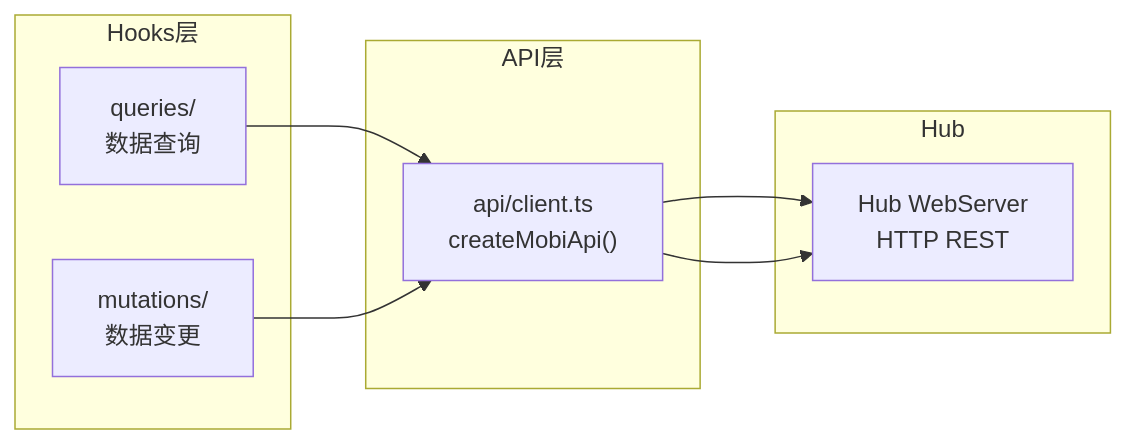
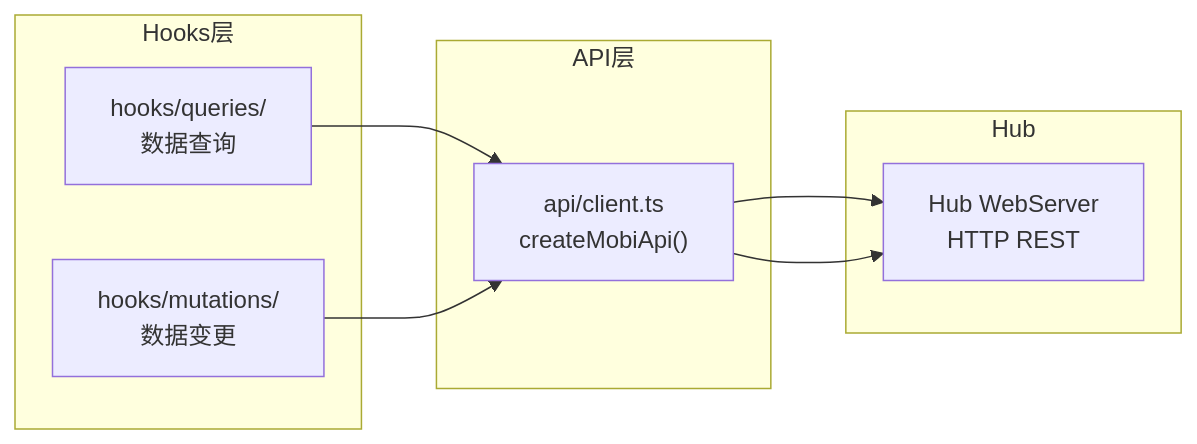
One commit to ModuBit/mobi changed the fifth of 5 diagrams in docs/architecture/web/README.md. Above: the diagram before and after it, drawn with Mermaid. The commit also changed other lines of this file and 56 other files, not shown here.

````diff
--- a/docs/architecture/web/README.md
+++ b/docs/architecture/web/README.md
@@ -345,18 +514,18 @@
 ```mermaid
 flowchart LR
     subgraph Hooks层
-        Q["queries/<br/>数据查询"]
-        M["mutations/<br/>数据变更"]
+        Q["hooks/queries/<br/>数据查询"]
+        M["hooks/mutations/<br/>数据变更"]
     end
 
     subgraph API层
         Client["api/client.ts<br/>createMobiApi()"]
     end
 
     subgraph Hub
         REST["Hub WebServer<br/>HTTP REST"]
     end
 
     Q --> Client --> REST
     M --> Client --> REST
 ```
````
